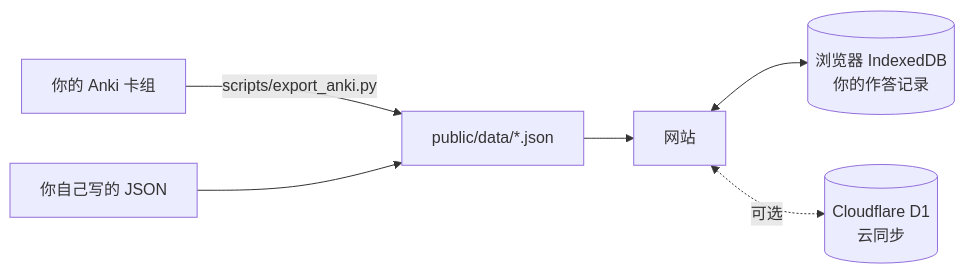
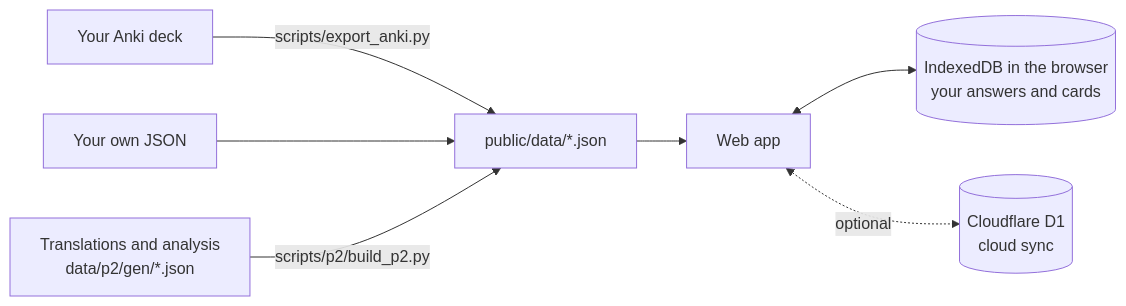
Before and after one commit to kalebguo/clean-tcf: the diagram in README.md, drawn with Mermaid. The commit also changed other lines of this file and 14 other files, not shown here.

````diff
--- a/README.md
+++ b/README.md
@@ -53,8 +102,9 @@
 ```mermaid
 flowchart LR
-  A[你的 Anki 卡组] -->|scripts/export_anki.py| J[public/data/*.json]
-  B[你自己写的 JSON] --> J
-  J --> S[网站]
-  S <--> I[(浏览器 IndexedDB<br/>你的作答记录)]
-  S <-.可选.-> C[(Cloudflare D1<br/>云同步)]
+  A[Your Anki deck] -->|scripts/export_anki.py| J[public/data/*.json]
+  B[Your own JSON] --> J
+  G[Translations and analysis<br/>data/p2/gen/*.json] -->|scripts/p2/build_p2.py| J
+  J --> S[Web app]
+  S <--> I[(IndexedDB in the browser<br/>your answers and cards)]
+  S <-.optional.-> C[(Cloudflare D1<br/>cloud sync)]
 ```
````
